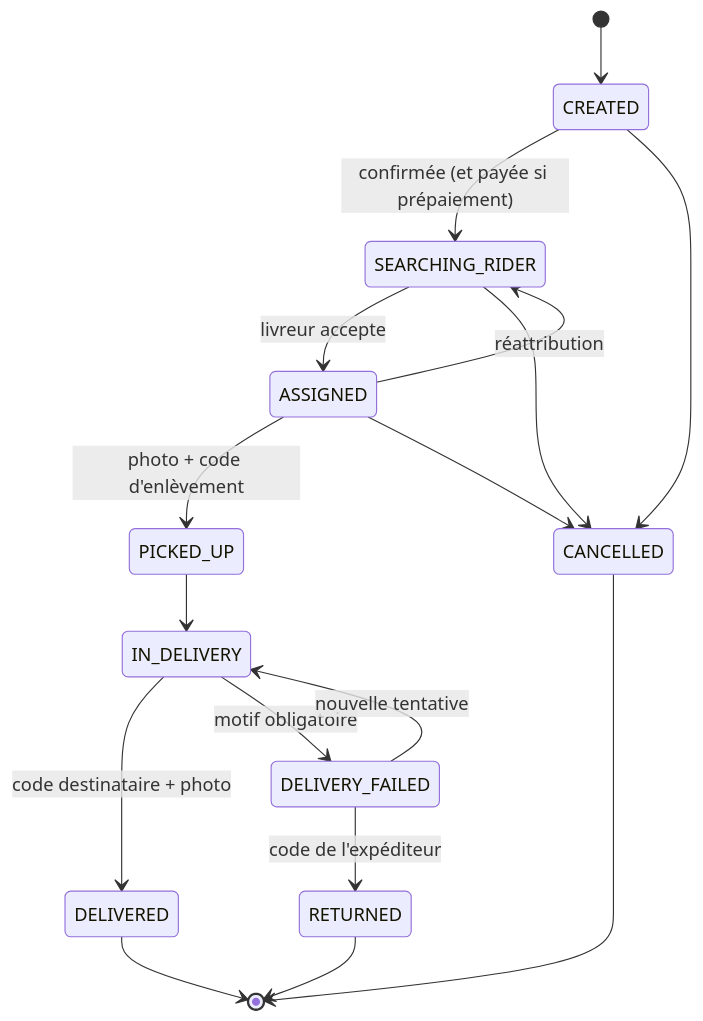
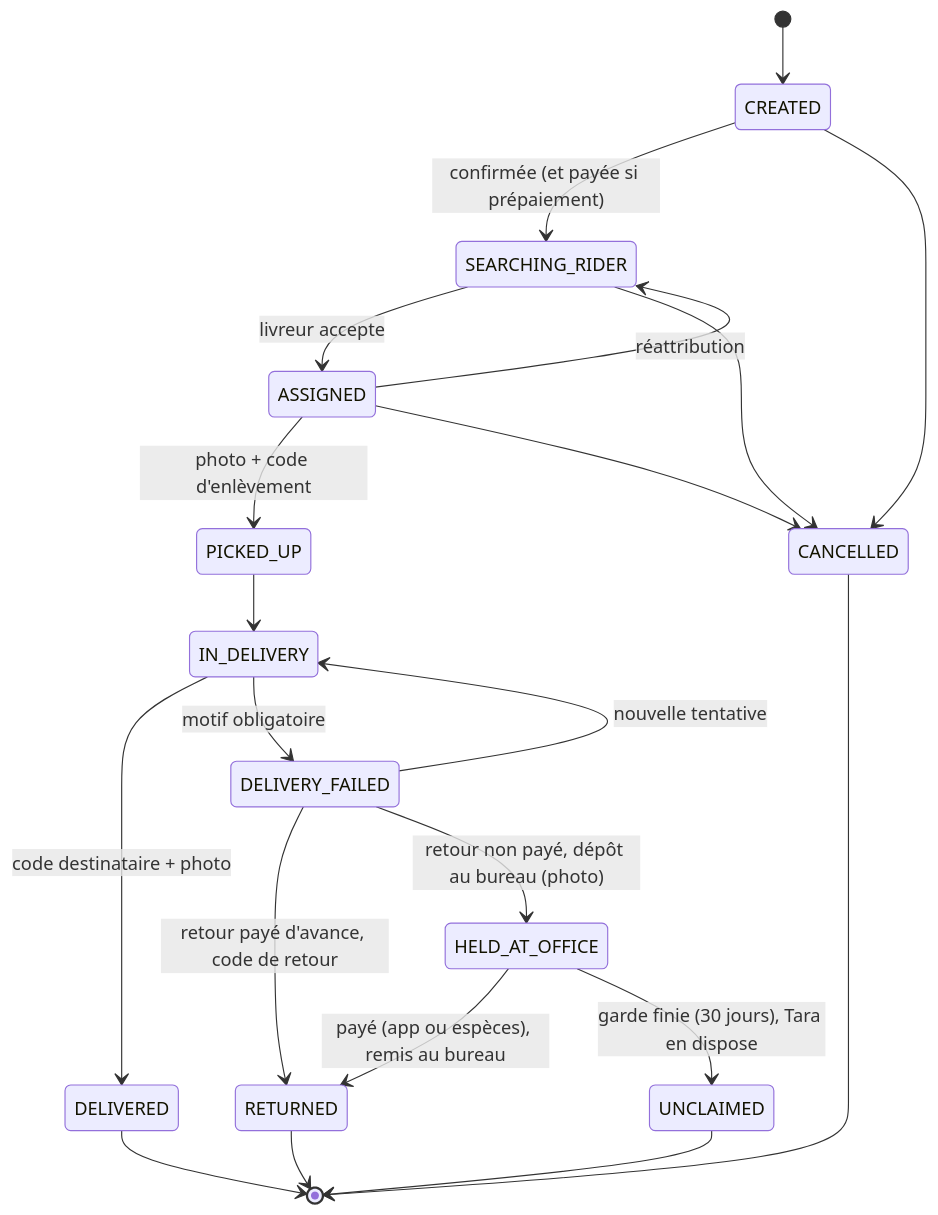
Before and after one commit to ulaihub/tara-platform: the second of 2 diagrams in docs/ARCHITECTURE.md, drawn with Mermaid. The commit also changed other lines of this file and 134 other files, not shown here.

First line of the commit message:
Retour du colis sans dette : payé d'avance, sinon gardé au bureau Tara

````diff
--- a/docs/ARCHITECTURE.md
+++ b/docs/ARCHITECTURE.md
@@ -266,19 +266,23 @@
 ```mermaid
 stateDiagram-v2
   [*] --> CREATED
   CREATED --> SEARCHING_RIDER: confirmée (et payée si prépaiement)
   CREATED --> CANCELLED
   SEARCHING_RIDER --> ASSIGNED: livreur accepte
   SEARCHING_RIDER --> CANCELLED
   ASSIGNED --> SEARCHING_RIDER: réattribution
   ASSIGNED --> PICKED_UP: photo + code d'enlèvement
   ASSIGNED --> CANCELLED
   PICKED_UP --> IN_DELIVERY
   IN_DELIVERY --> DELIVERED: code destinataire + photo
   IN_DELIVERY --> DELIVERY_FAILED: motif obligatoire
   DELIVERY_FAILED --> IN_DELIVERY: nouvelle tentative
-  DELIVERY_FAILED --> RETURNED: code de l'expéditeur
+  DELIVERY_FAILED --> RETURNED: retour payé d'avance, code de retour
+  DELIVERY_FAILED --> HELD_AT_OFFICE: retour non payé, dépôt au bureau (photo)
+  HELD_AT_OFFICE --> RETURNED: payé (app ou espèces), remis au bureau
+  HELD_AT_OFFICE --> UNCLAIMED: garde finie (30 jours), Tara en dispose
   DELIVERED --> [*]
   RETURNED --> [*]
   CANCELLED --> [*]
+  UNCLAIMED --> [*]
 ```
````
